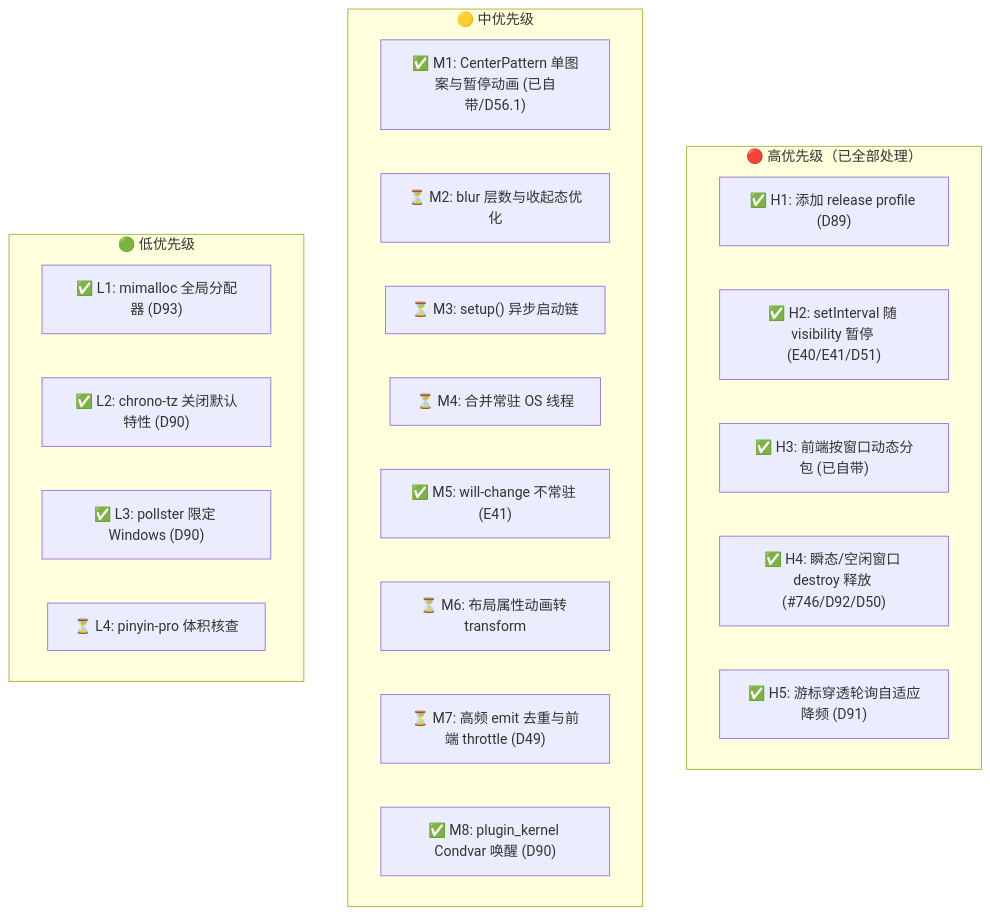
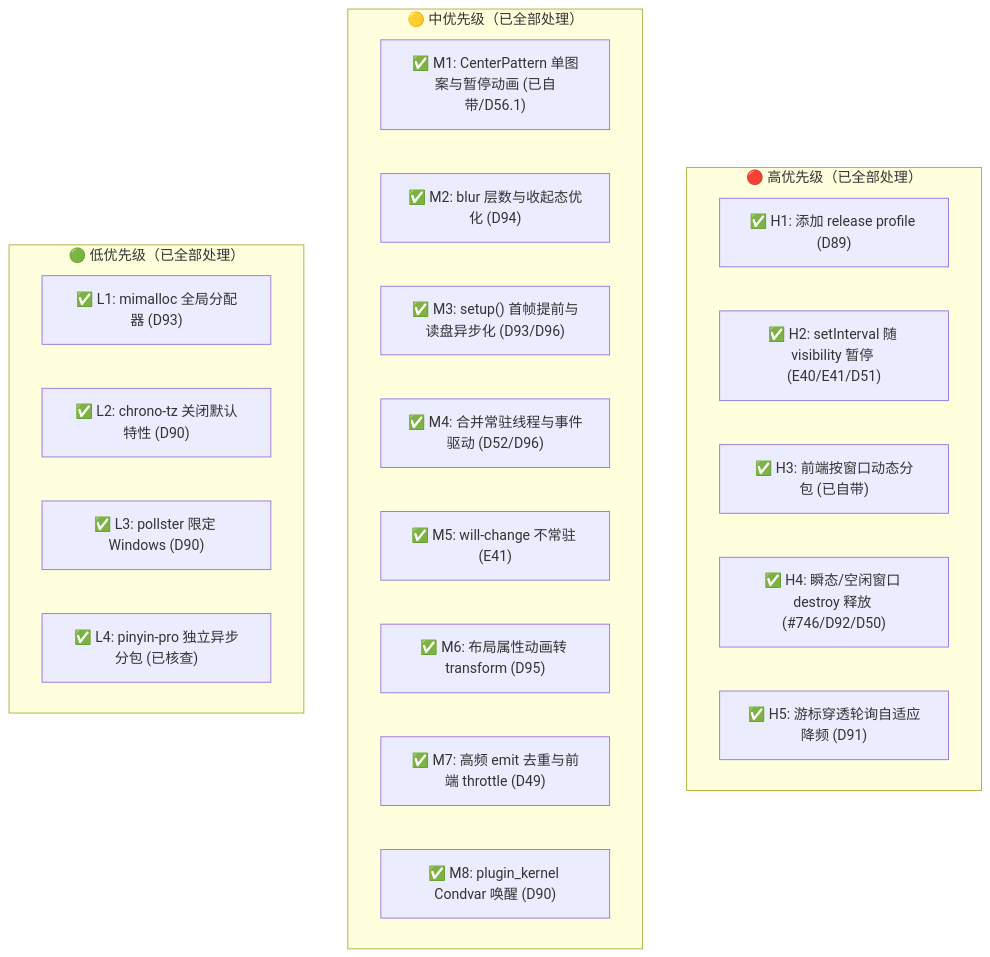
The diagram in docs/research/fuyu-performance-audit.md (TixXin/Fuyu), drawn with Mermaid before and after one commit. The commit also changed other lines of this file and 13 other files, not shown here.

````diff
--- a/docs/research/fuyu-performance-audit.md
+++ b/docs/research/fuyu-performance-audit.md
@@ -204,26 +187,26 @@
 ```mermaid
 flowchart TD
     subgraph "🔴 高优先级（已全部处理）"
         H1["✅ H1: 添加 release profile (D89)"]
         H2["✅ H2: setInterval 随 visibility 暂停 (E40/E41/D51)"]
         H3["✅ H3: 前端按窗口动态分包 (已自带)"]
         H4["✅ H4: 瞬态/空闲窗口 destroy 释放 (#746/D92/D50)"]
         H5["✅ H5: 游标穿透轮询自适应降频 (D91)"]
     end
-    subgraph "🟡 中优先级"
+    subgraph "🟡 中优先级（已全部处理）"
         M1["✅ M1: CenterPattern 单图案与暂停动画 (已自带/D56.1)"]
-        M2["⏳ M2: blur 层数与收起态优化"]
-        M3["⏳ M3: setup() 异步启动链"]
-        M4["⏳ M4: 合并常驻 OS 线程"]
+        M2["✅ M2: blur 层数与收起态优化 (D94)"]
+        M3["✅ M3: setup() 首帧提前与读盘异步化 (D93/D96)"]
+        M4["✅ M4: 合并常驻线程与事件驱动 (D52/D96)"]
         M5["✅ M5: will-change 不常驻 (E41)"]
-        M6["⏳ M6: 布局属性动画转 transform"]
-        M7["⏳ M7: 高频 emit 去重与前端 throttle (D49)"]
+        M6["✅ M6: 布局属性动画转 transform (D95)"]
+        M7["✅ M7: 高频 emit 去重与前端 throttle (D49)"]
         M8["✅ M8: plugin_kernel Condvar 唤醒 (D90)"]
     end
-    subgraph "🟢 低优先级"
+    subgraph "🟢 低优先级（已全部处理）"
         L1["✅ L1: mimalloc 全局分配器 (D93)"]
         L2["✅ L2: chrono-tz 关闭默认特性 (D90)"]
         L3["✅ L3: pollster 限定 Windows (D90)"]
-        L4["⏳ L4: pinyin-pro 体积核查"]
+        L4["✅ L4: pinyin-pro 独立异步分包 (已核查)"]
     end
 ```
````
